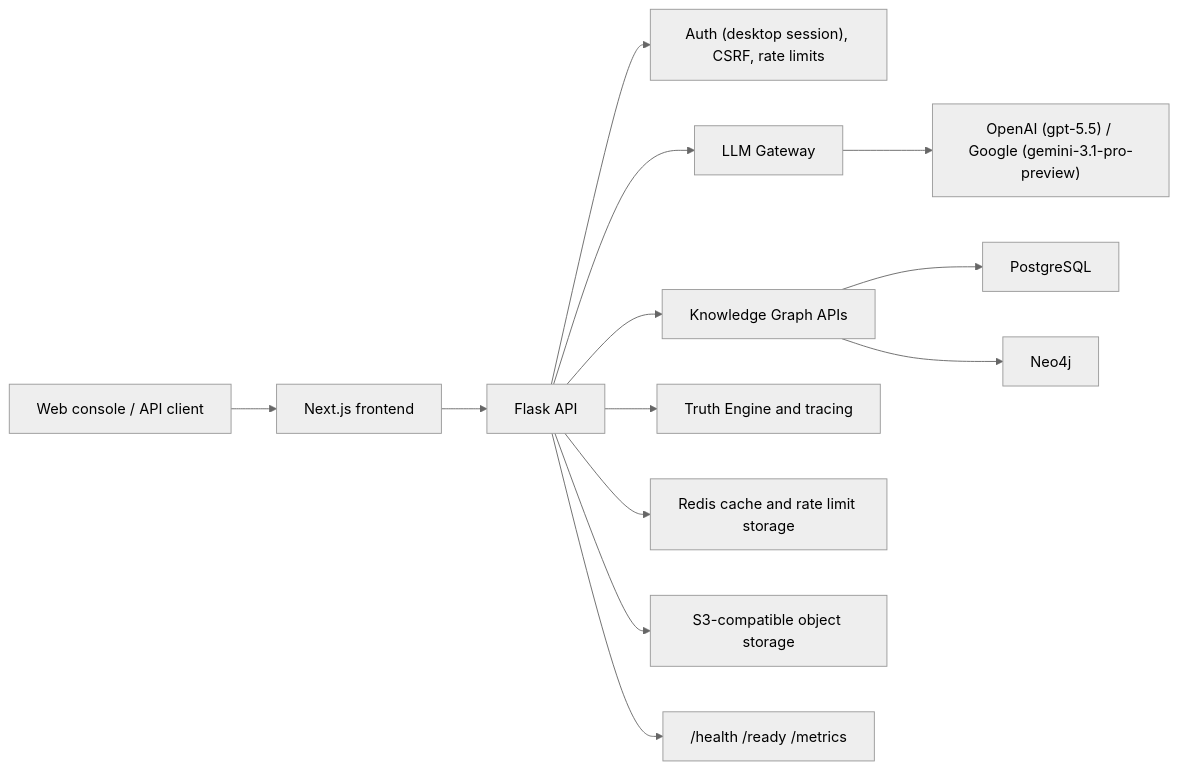
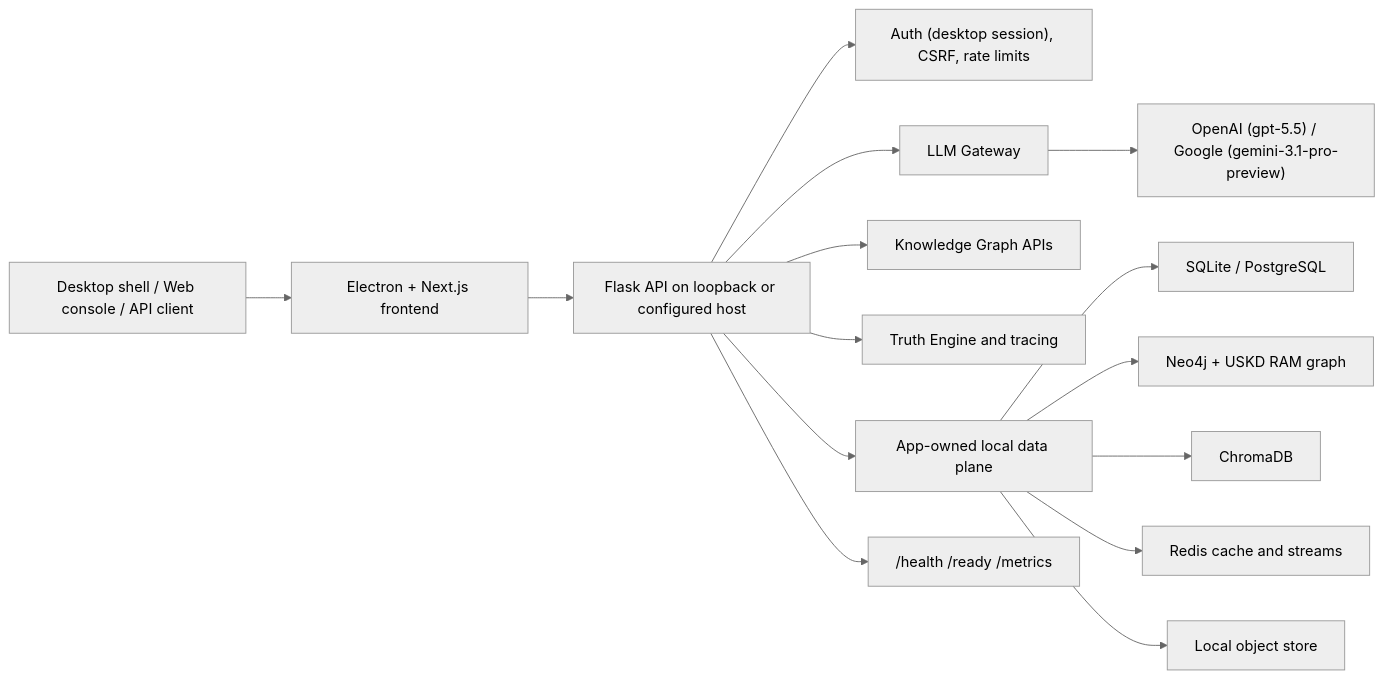
One commit to kherrera6219/DataLogicEngine changed the diagram in README.md. Above: the diagram before and after it, drawn with Mermaid (neutral theme). The commit also changed other lines of this file and 9 other files, not shown here.

````diff
--- a/README.md
+++ b/README.md
@@ -195,15 +242,17 @@
 ```mermaid
 flowchart LR
-  Client["Web console / API client"] --> Frontend["Next.js frontend"]
-  Frontend --> API["Flask API"]
+  Client["Desktop shell / Web console / API client"] --> Frontend["Electron + Next.js frontend"]
+  Frontend --> API["Flask API on loopback or configured host"]
   API --> Auth["Auth (desktop session), CSRF, rate limits"]
   API --> Gateway["LLM Gateway"]
   API --> Graph["Knowledge Graph APIs"]
   API --> Truth["Truth Engine and tracing"]
   Gateway --> Providers["OpenAI (gpt-5.5) / Google (gemini-3.1-pro-preview)"]
-  Graph --> Postgres["PostgreSQL"]
-  Graph --> Neo4j["Neo4j"]
-  API --> Redis["Redis cache and rate limit storage"]
-  API --> ObjectStore["S3-compatible object storage"]
+  API --> Stores["App-owned local data plane"]
+  Stores --> SQL["SQLite / PostgreSQL"]
+  Stores --> Neo4j["Neo4j + USKD RAM graph"]
+  Stores --> Vector["ChromaDB"]
+  Stores --> Redis["Redis cache and streams"]
+  Stores --> ObjectStore["Local object store"]
   API --> Metrics["/health /ready /metrics"]
 ```
````
